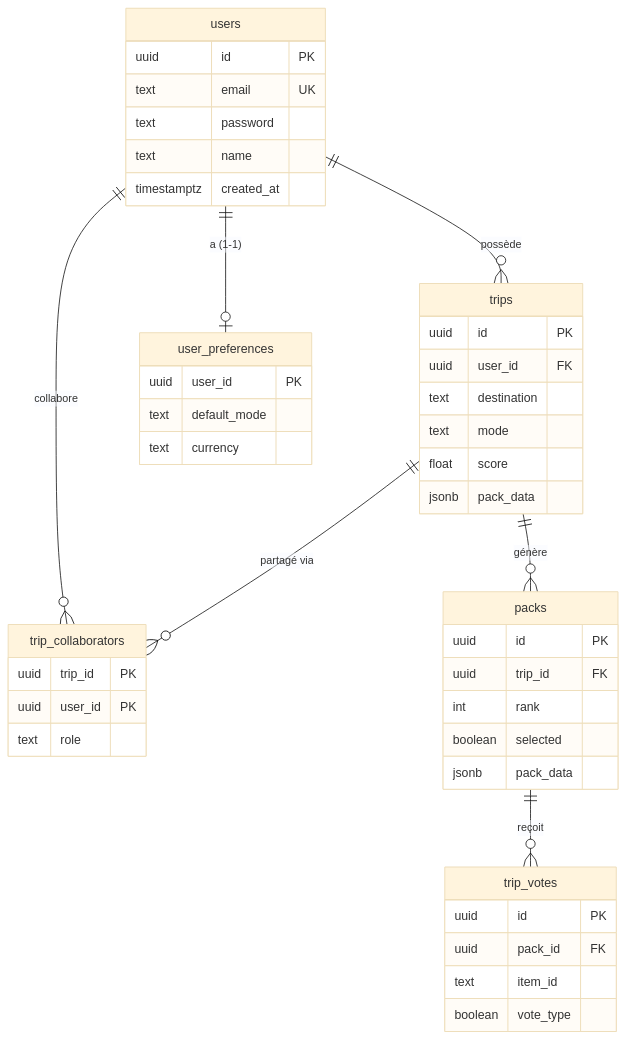
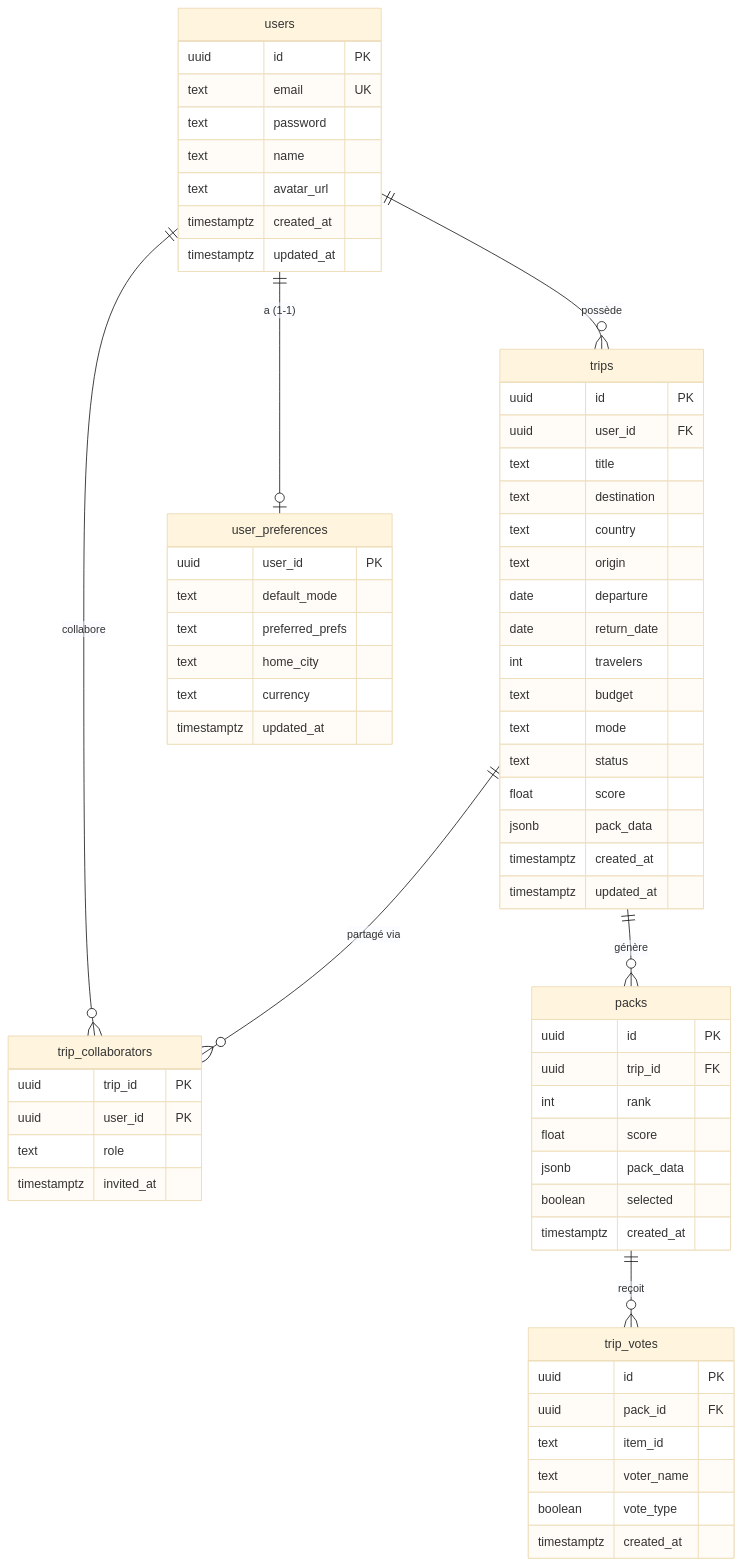
The third of 4 diagrams in README.md (loties1533/tripgenie-app), drawn with Mermaid (base theme) before and after one commit. The commit also changed other lines of this file and 1 other file, not shown here.

````diff
--- a/README.md
+++ b/README.md
@@ -178,47 +178,67 @@
 ```mermaid
 erDiagram
     users ||--o{ trips : "possède"
     users ||--o| user_preferences : "a (1-1)"
     users ||--o{ trip_collaborators : "collabore"
     trips ||--o{ packs : "génère"
     trips ||--o{ trip_collaborators : "partagé via"
     packs ||--o{ trip_votes : "reçoit"
     users {
         uuid id PK
         text email UK
         text password
         text name
+        text avatar_url
         timestamptz created_at
+        timestamptz updated_at
     }
     trips {
         uuid id PK
         uuid user_id FK
+        text title
         text destination
+        text country
+        text origin
+        date departure
+        date return_date
+        int travelers
+        text budget
         text mode
+        text status
         float score
         jsonb pack_data
+        timestamptz created_at
+        timestamptz updated_at
     }
     packs {
         uuid id PK
         uuid trip_id FK
         int rank
+        float score
+        jsonb pack_data
         boolean selected
-        jsonb pack_data
+        timestamptz created_at
     }
     trip_votes {
         uuid id PK
         uuid pack_id FK
         text item_id
+        text voter_name
         boolean vote_type
+        timestamptz created_at
     }
     user_preferences {
         uuid user_id PK
         text default_mode
+        text preferred_prefs
+        text home_city
         text currency
+        timestamptz updated_at
     }
     trip_collaborators {
         uuid trip_id PK
         uuid user_id PK
         text role
+        timestamptz invited_at
     }
 ```
````
